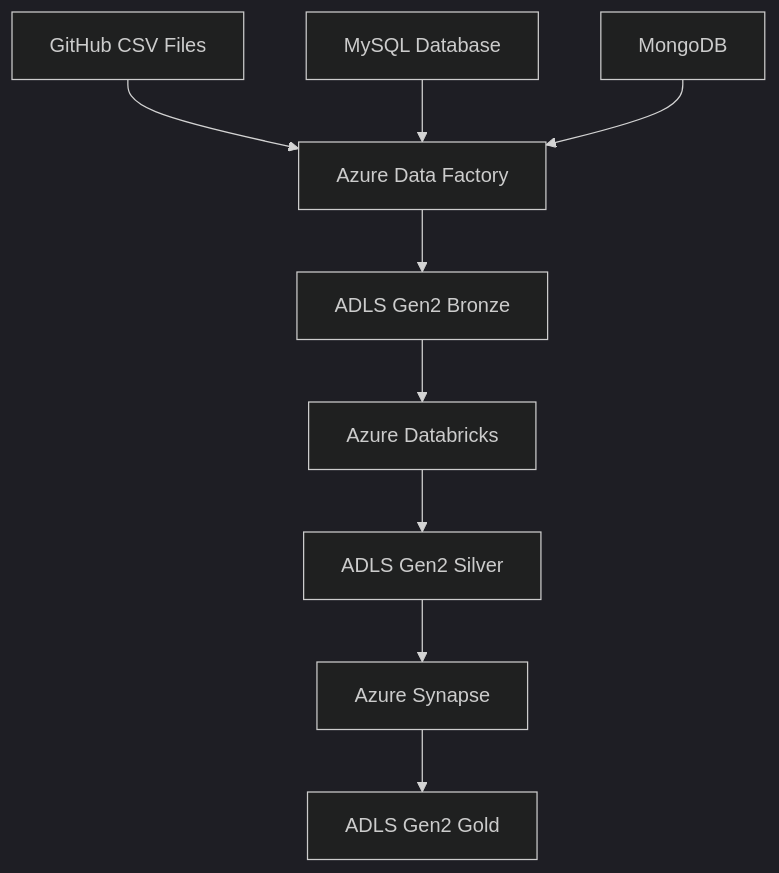
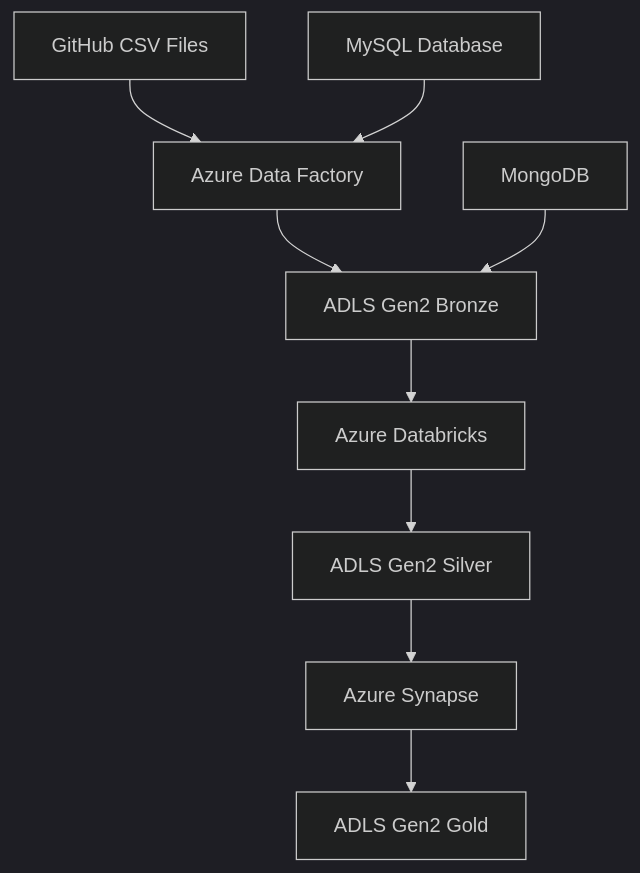
One commit to Ktrimalrao/Brazillian-Ecommerce-BigDataEngineering changed the diagram in README.md. Above: the diagram before and after it, drawn with Mermaid (dark theme). The commit also changed other lines of this file, not shown here.

````diff
--- a/README.md
+++ b/README.md
@@ -255,12 +254,12 @@
 ```mermaid
 graph TD
     A[GitHub CSV Files] --> B[Azure Data Factory]
     C[MySQL Database] --> B
-    D[MongoDB] --> B
     B --> E[ADLS Gen2 Bronze]
     E --> F[Azure Databricks]
+    D[MongoDB] --> E
     F --> G[ADLS Gen2 Silver]
     G --> H[Azure Synapse]
     H --> I[ADLS Gen2 Gold]
 
 ```
````
